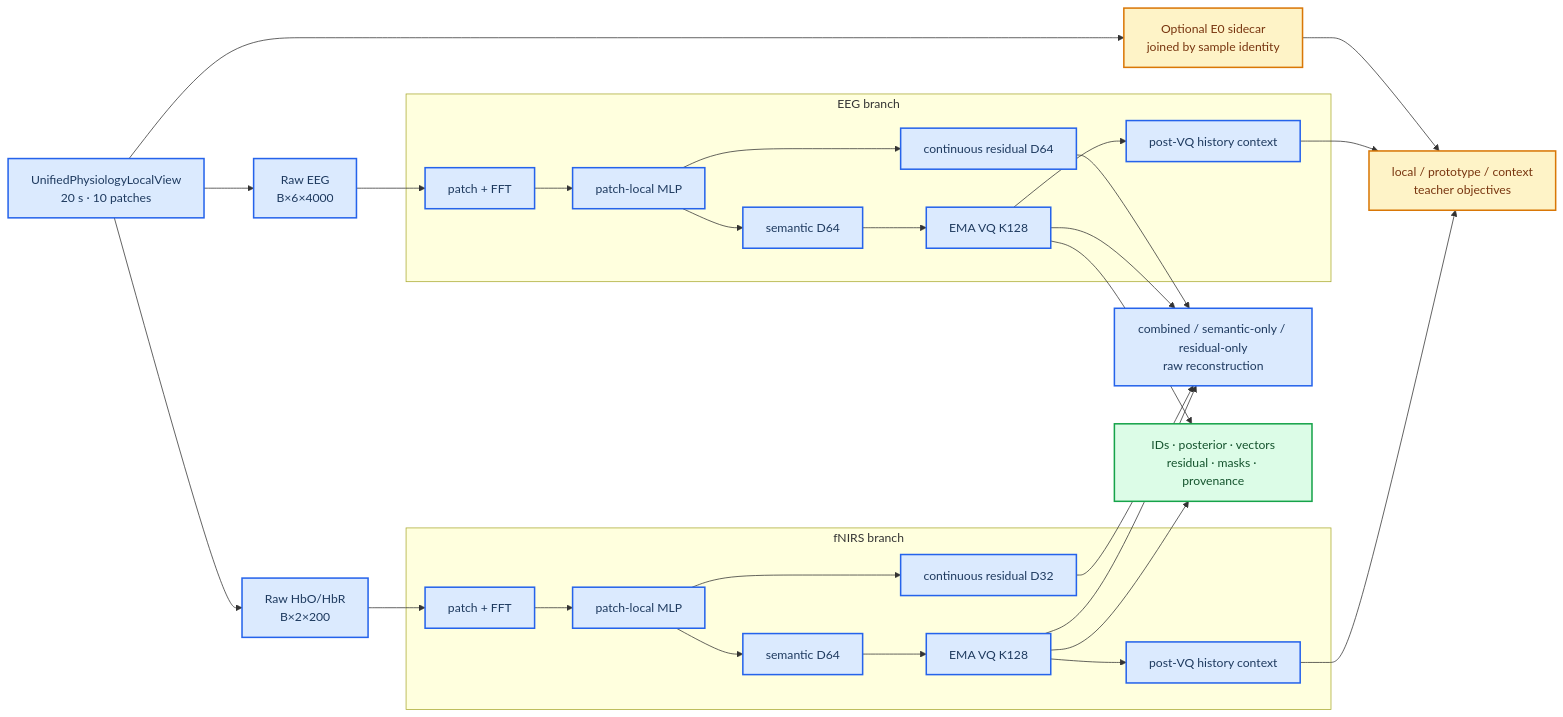
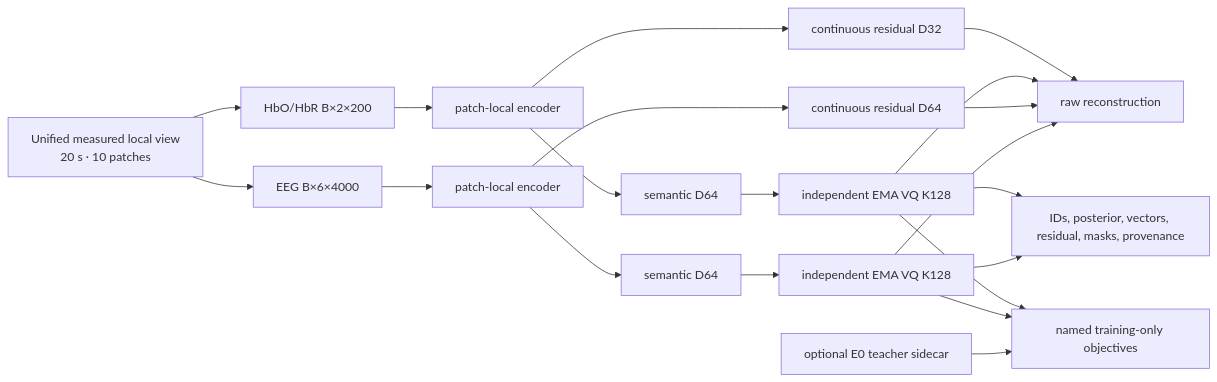
The diagram in docs/ARCHITECTURE.md (Kevin65536/PID-MCM), drawn with Mermaid before and after one commit. The commit also changed other lines of this file and 62 other files, not shown here.

````diff
--- a/docs/ARCHITECTURE.md
+++ b/docs/ARCHITECTURE.md
@@ -22,52 +31,21 @@
 ```mermaid
 flowchart LR
-    accTitle: 当前 E2 compatible physiology semantic runtime
-    accDescr: 统一原始测量分别进入 EEG 和 fNIRS patch-local branch，各自产生 semantic VQ、continuous residual 和 fixed-history context；训练器组合 raw reconstruction 与可选 routed teacher losses。
-
-    loader["UnifiedPhysiologyLocalView<br/>20 s · 10 patches"]
-    eeg["Raw EEG<br/>B×6×4000"]
-    fnirs["Raw HbO/HbR<br/>B×2×200"]
-    sidecar["Optional E0 sidecar<br/>joined by sample identity"]
-
-    subgraph e["EEG branch"]
-        ep["patch + FFT"]
-        ee["patch-local MLP"]
-        es["semantic D64"]
-        eq["EMA VQ K128"]
-        er["continuous residual D64"]
-        ec["post-VQ history context"]
-    end
-
-    subgraph f["fNIRS branch"]
-        fp["patch + FFT"]
-        fe["patch-local MLP"]
-        fs["semantic D64"]
-        fq["EMA VQ K128"]
-        fr["continuous residual D32"]
-        fc["post-VQ history context"]
-    end
-
-    recon["combined / semantic-only / residual-only<br/>raw reconstruction"]
-    routed["local / prototype / context<br/>teacher objectives"]
-    export["IDs · posterior · vectors<br/>residual · masks · provenance"]
-
-    loader --> eeg --> ep --> ee
-    loader --> fnirs --> fp --> fe
-    loader --> sidecar --> routed
-    ee --> es --> eq --> ec --> routed
-    ee --> er --> recon
-    eq --> recon
-    fe --> fs --> fq --> fc --> routed
-    fe --> fr --> recon
+    loader["Unified measured local view<br/>20 s · 10 patches"]
+    eeg["EEG B×6×4000"] --> ep["patch-local encoder"]
+    fnirs["HbO/HbR B×2×200"] --> fp["patch-local encoder"]
+    loader --> eeg
+    loader --> fnirs
+    ep --> es["semantic D64"] --> eq["independent EMA VQ K128"]
+    ep --> er["continuous residual D64"]
+    fp --> fs["semantic D64"] --> fq["independent EMA VQ K128"]
+    fp --> fr["continuous residual D32"]
+    eq --> recon["raw reconstruction"]
+    er --> recon
     fq --> recon
-    eq --> export
+    fr --> recon
+    sidecar["optional E0 teacher sidecar"] --> routed["named training-only objectives"]
+    eq --> routed
+    fq --> routed
+    eq --> export["IDs, posterior, vectors, residual, masks, provenance"]
     fq --> export
-
-    classDef current fill:#dbeafe,stroke:#2563eb,stroke-width:2px,color:#1e3a5f
-    classDef optional fill:#fef3c7,stroke:#d97706,stroke-width:2px,color:#78350f
-    classDef output fill:#dcfce7,stroke:#16a34a,stroke-width:2px,color:#14532d
-
-    class loader,eeg,fnirs,ep,ee,es,eq,er,ec,fp,fe,fs,fq,fr,fc,recon current
-    class sidecar,routed optional
-    class export output
 ```
````
